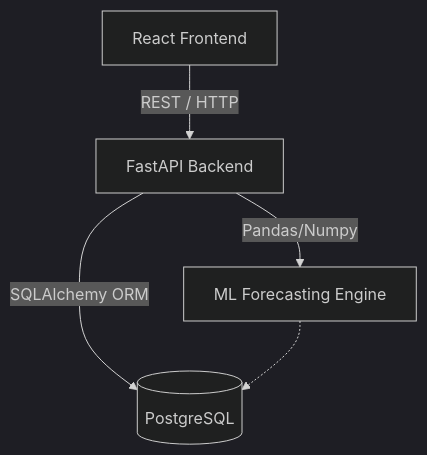
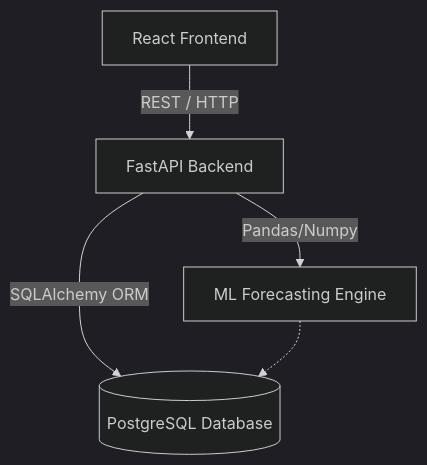
Before and after one commit to OmkarJayvantJadhav/RetailIQ: the first of 3 diagrams in README.md, drawn with Mermaid (dark theme). The commit also changed other lines of this file, not shown here.

````diff
--- a/README.md
+++ b/README.md
@@ -474,7 +62,7 @@
 ```mermaid
 graph TD
     Client[React Frontend] -->|REST / HTTP| API[FastAPI Backend]
-    API -->|SQLAlchemy ORM| DB[(PostgreSQL)]
+    API -->|SQLAlchemy ORM| DB[(PostgreSQL Database)]
     API -->|Pandas/Numpy| ML[ML Forecasting Engine]
     ML -.-> DB
 ```
````
